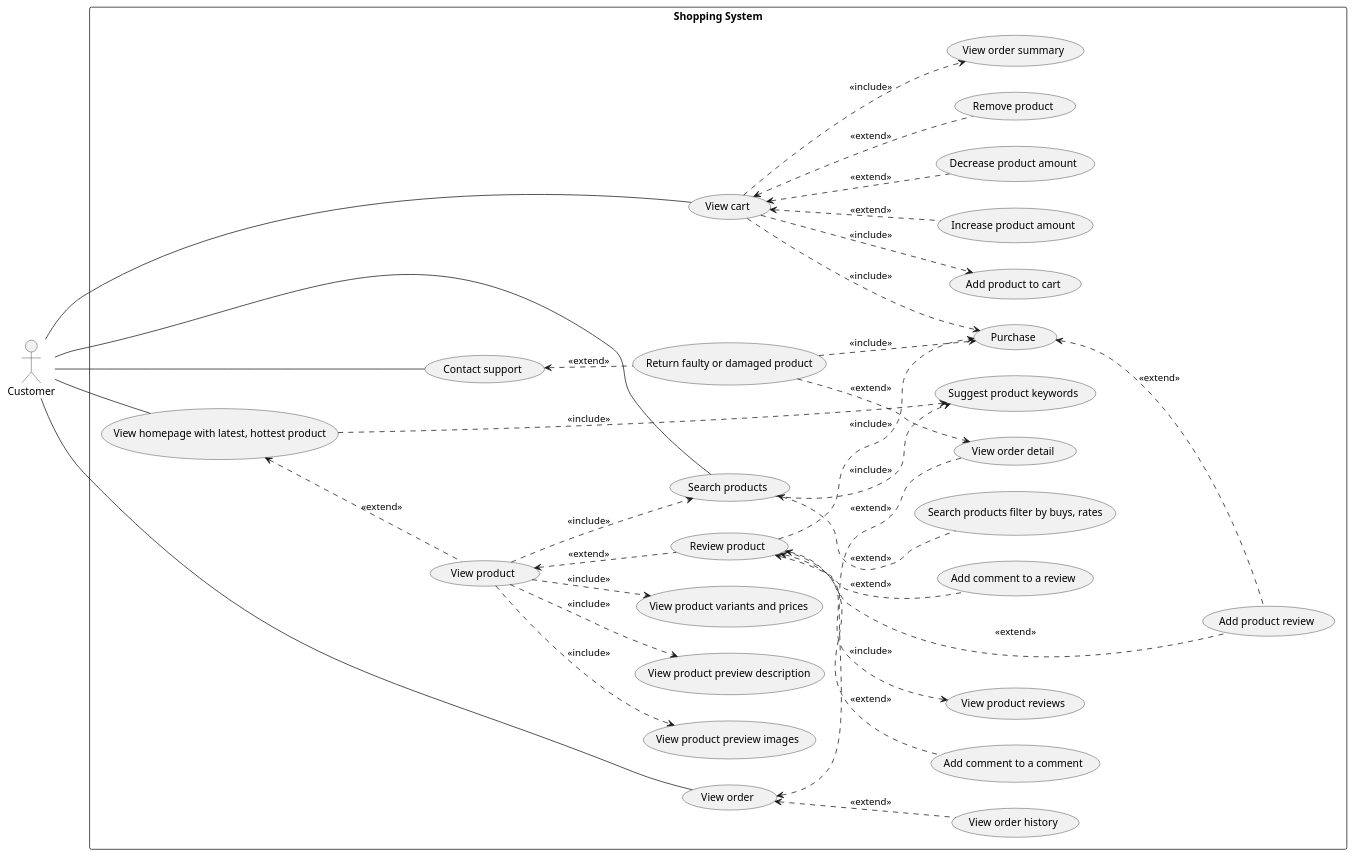
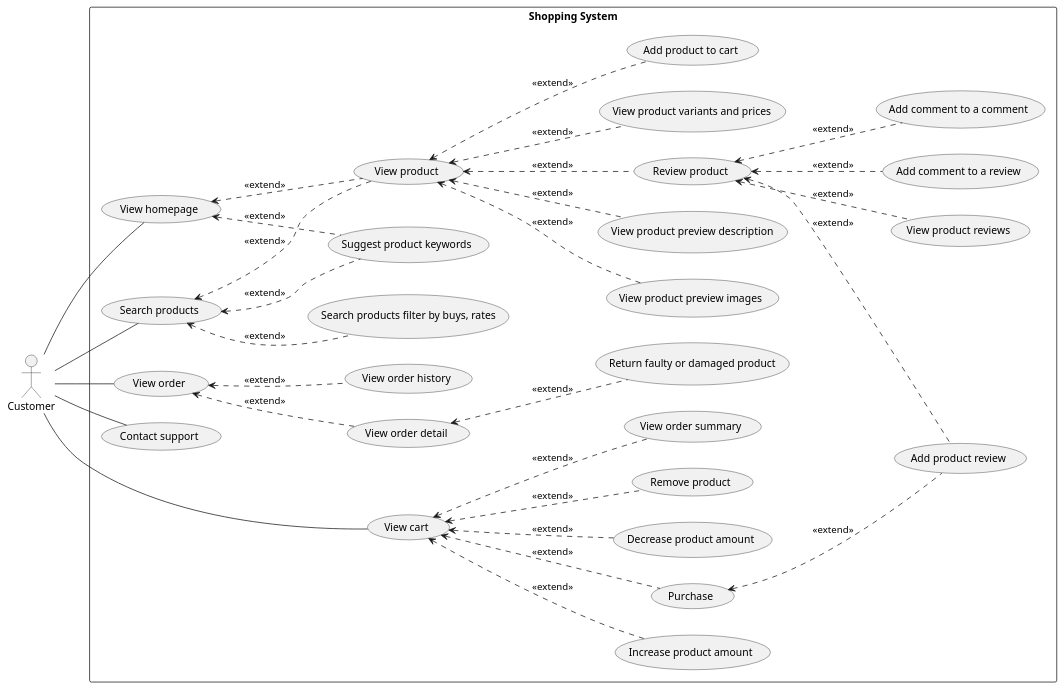
One commit to electricilies/electricilies.github.io changed the diagram in docs/docs/usecase/customer.md. Above: the diagram before and after it, drawn with PlantUML. The commit also changed 1 other file, not shown here.

Commit message:
fix: user general

````diff
--- a/docs/docs/usecase/customer.md
+++ b/docs/docs/usecase/customer.md
@@ -3,69 +3,65 @@
 ```plantuml
 @startuml
 left to right direction
 actor Customer
 
 rectangle "Shopping System" {
-  usecase UC01 as "View homepage with latest, hottest product"
+  usecase UC01 as "View homepage"
   usecase UC02 as "Search products"
   usecase UC03 as "Search products filter by buys, rates"
   usecase UC04 as "Suggest product keywords"
   usecase UC05 as "View product"
   usecase UC06 as "View product preview images"
   usecase UC07 as "View product preview description"
   usecase UC08 as "View product variants and prices"
   usecase UC09 as "Review product"
   usecase UC10 as "View product reviews"
   usecase UC11 as "Add product review"
   usecase UC12 as "Add comment to a review"
   usecase UC13 as "Add comment to a comment"
   usecase UC14 as "Add product to cart"
   usecase UC15 as "View cart"
   usecase UC16 as "Increase product amount"
   usecase UC17 as "Decrease product amount"
   usecase UC18 as "Remove product"
   usecase UC19 as "View order summary"
   usecase UC20 as "Purchase"
   usecase UC21 as "View order"
   usecase UC22 as "View order history"
   usecase UC23 as "View order detail"
   usecase UC24 as "Contact support"
   usecase UC25 as "Return faulty or damaged product"
 }
 
 Customer -- UC01
 Customer -- UC02
 Customer -- UC15
 Customer -- UC21
 Customer -- UC24
 
-
-UC01 ..> UC04 : <<include>>
+UC01 <.. UC04 : <<extend>>
 UC01 <.. UC05 : <<extend>>
-UC02 ..> UC04 : <<include>>
+UC02 <.. UC04 : <<extend>>
+UC02 <.. UC05 : <<extend>>
 UC02 <.. UC03 : <<extend>>
-UC05 ..> UC02 : <<include>>
-UC05 ..> UC06 : <<include>>
-UC05 ..> UC07 : <<include>>
-UC05 ..> UC08 : <<include>>
+UC05 <.. UC06 : <<extend>>
+UC05 <.. UC07 : <<extend>>
+UC05 <.. UC08 : <<extend>>
 UC05 <.. UC09 : <<extend>>
-UC09 ..> UC10 : <<include>>
-UC09 ..> UC20 : <<include>>
+UC05 <.. UC14 : <<extend>>
+UC09 <.. UC10 : <<extend>>
 UC09 <.. UC11 : <<extend>>
 UC09 <.. UC12 : <<extend>>
 UC09 <.. UC13 : <<extend>>
-UC15 ..> UC14 : <<include>>
-UC15 ..> UC19 : <<include>>
-UC15 ..> UC20 : <<include>>
+UC15 <.. UC19 : <<extend>>
 UC15 <.. UC16 : <<extend>>
 UC15 <.. UC17 : <<extend>>
 UC15 <.. UC18 : <<extend>>
+UC15 <.. UC20 : <<extend>>
 UC20 <.. UC11 : <<extend>>
 UC21 <.. UC22 : <<extend>>
 UC21 <.. UC23 : <<extend>>
-UC24 <.. UC25 : <<extend>>
-UC25 ..> UC20 : <<include>>
-UC25 ..> UC23 : <<extend>>
+UC23 <.. UC25 : <<extend>>
 
 @enduml
 ```
````
